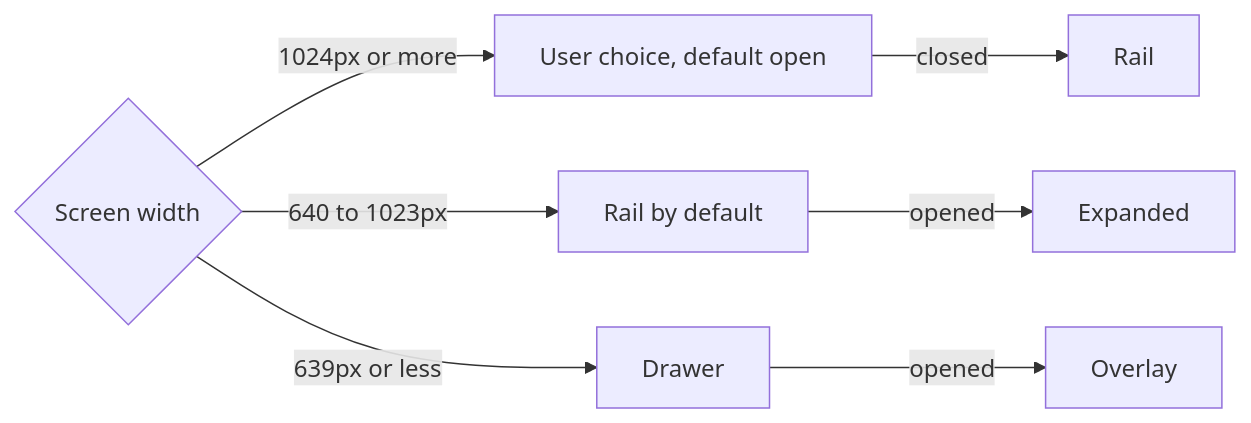
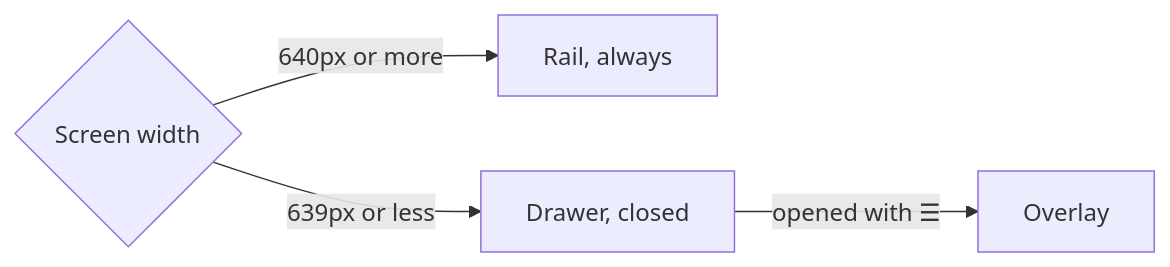
Before and after one commit to syudead/vv: the third of 12 diagrams in docs/design-docs/library-ui.md, drawn with Mermaid. The commit also changed other lines of this file and 16 other files, not shown here.

````diff
--- a/docs/design-docs/library-ui.md
+++ b/docs/design-docs/library-ui.md
@@ -129,9 +129,6 @@
 ```mermaid
 flowchart LR
-  w{Screen width} -->|1024px or more| user[User choice, default open]
-  w -->|640 to 1023px| rail[Rail by default]
-  w -->|639px or less| drawer[Drawer]
-  user -->|closed| railc[Rail]
-  rail -->|opened| exp[Expanded]
-  drawer -->|opened| over[Overlay]
+  w{Screen width} -->|640px or more| rail[Rail, always]
+  w -->|639px or less| drawer[Drawer, closed]
+  drawer -->|opened with ☰| over[Overlay]
 ```
````
